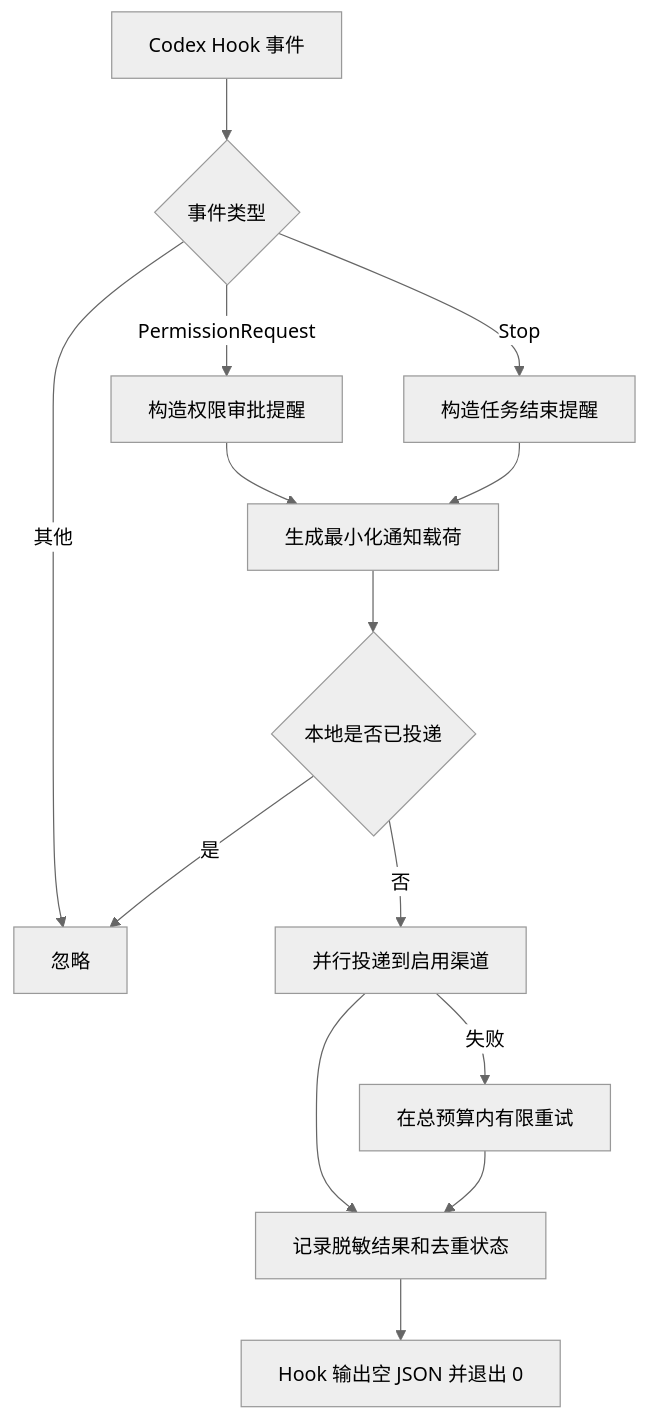
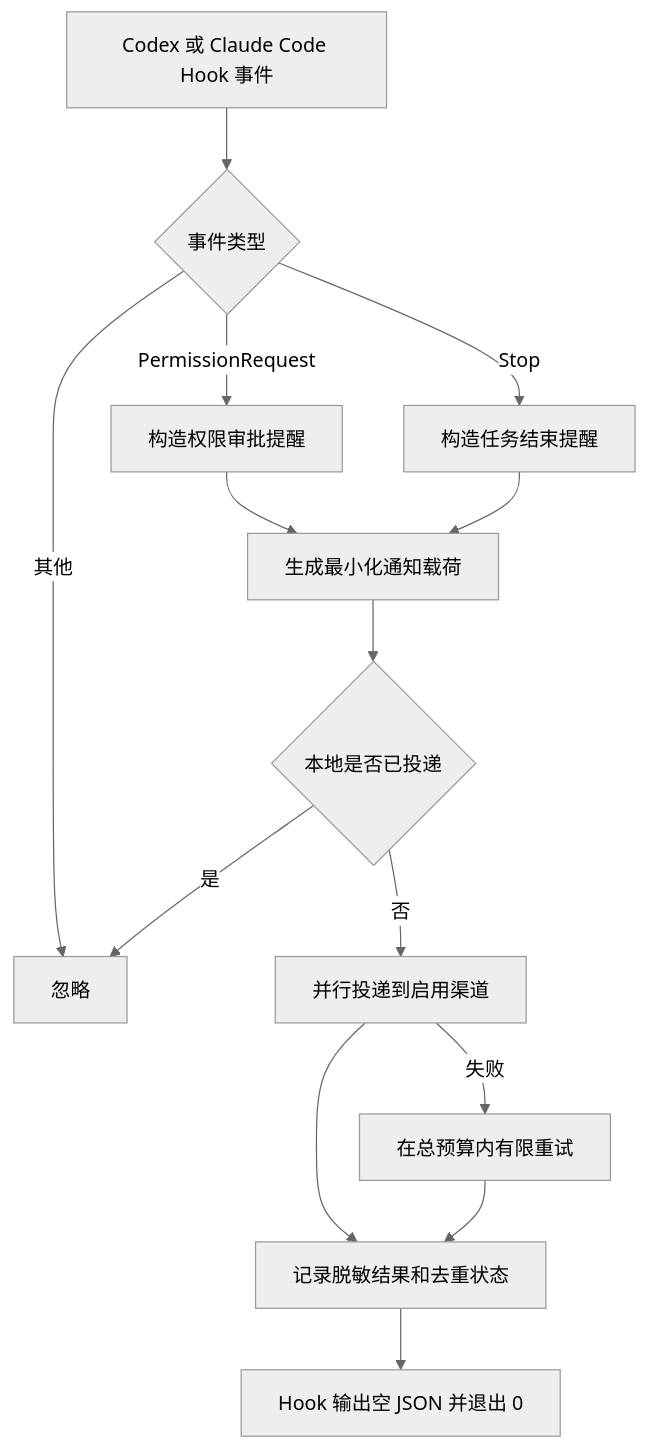
One commit to GotoLu/cx-notifier-marketplace changed the diagram in plugins/cx-plugin/README.md. Above: the diagram before and after it, drawn with Mermaid (neutral theme). The commit also changed other lines of this file and 18 other files, not shown here.

Commit message:
Add Claude Code marketplace support

````diff
--- a/plugins/cx-plugin/README.md
+++ b/plugins/cx-plugin/README.md
@@ -20,16 +20,16 @@
 ```mermaid
 flowchart TD
-    A[Codex Hook 事件] --> B{事件类型}
+    A[Codex 或 Claude Code Hook 事件] --> B{事件类型}
     B -->|PermissionRequest| C[构造权限审批提醒]
     B -->|Stop| D[构造任务结束提醒]
     B -->|其他| Z[忽略]
     C --> E[生成最小化通知载荷]
     D --> E
     E --> F{本地是否已投递}
     F -->|是| Z
     F -->|否| G[并行投递到启用渠道]
     G --> H[记录脱敏结果和去重状态]
     G -->|失败| I[在总预算内有限重试]
     I --> H
     H --> J[Hook 输出空 JSON 并退出 0]
 ```
````
